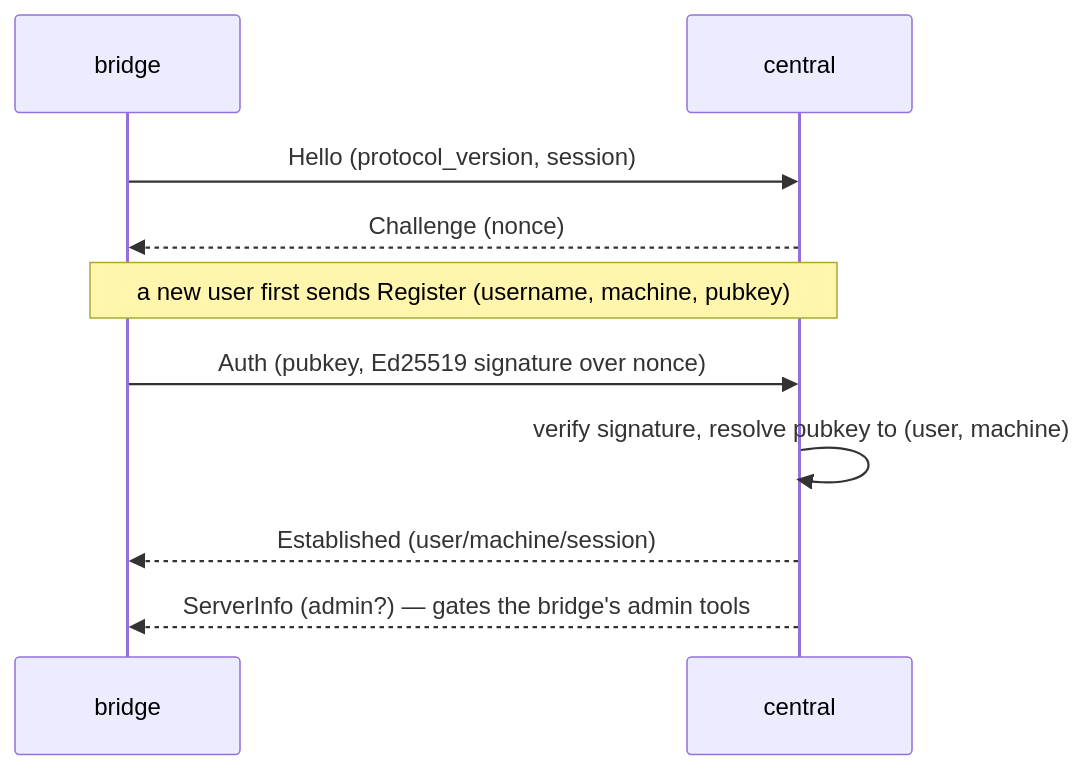
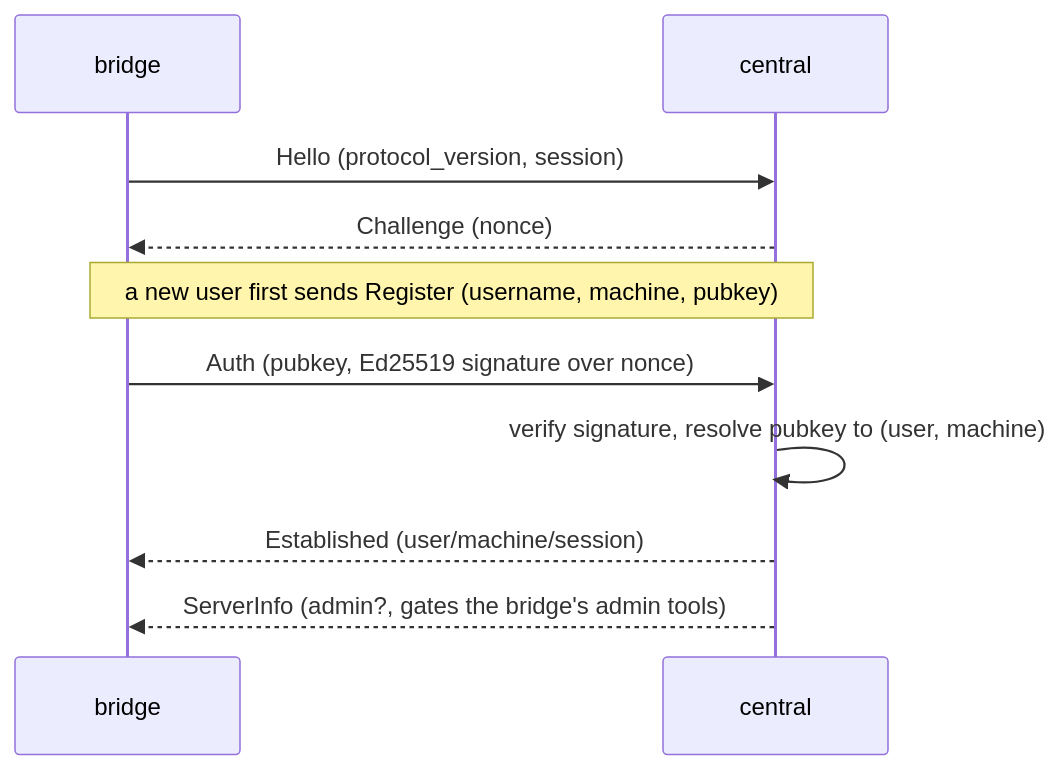
One commit to twitchax/conclave changed the first of 4 diagrams in README.md. Above: the diagram before and after it, drawn with Mermaid. The commit also changed other lines of this file and 2 other files, not shown here.

First line of the commit message:
docs: recommend bare `conclave bridge`; README voice pass

````diff
--- a/README.md
+++ b/README.md
@@ -125,12 +130,12 @@
 ```mermaid
 sequenceDiagram
     participant B as bridge
     participant S as central
     B->>S: Hello (protocol_version, session)
     S-->>B: Challenge (nonce)
     Note over B,S: a new user first sends Register (username, machine, pubkey)
     B->>S: Auth (pubkey, Ed25519 signature over nonce)
     S->>S: verify signature, resolve pubkey to (user, machine)
     S-->>B: Established (user/machine/session)
-    S-->>B: ServerInfo (admin?) — gates the bridge's admin tools
+    S-->>B: ServerInfo (admin?, gates the bridge's admin tools)
 ```
````
